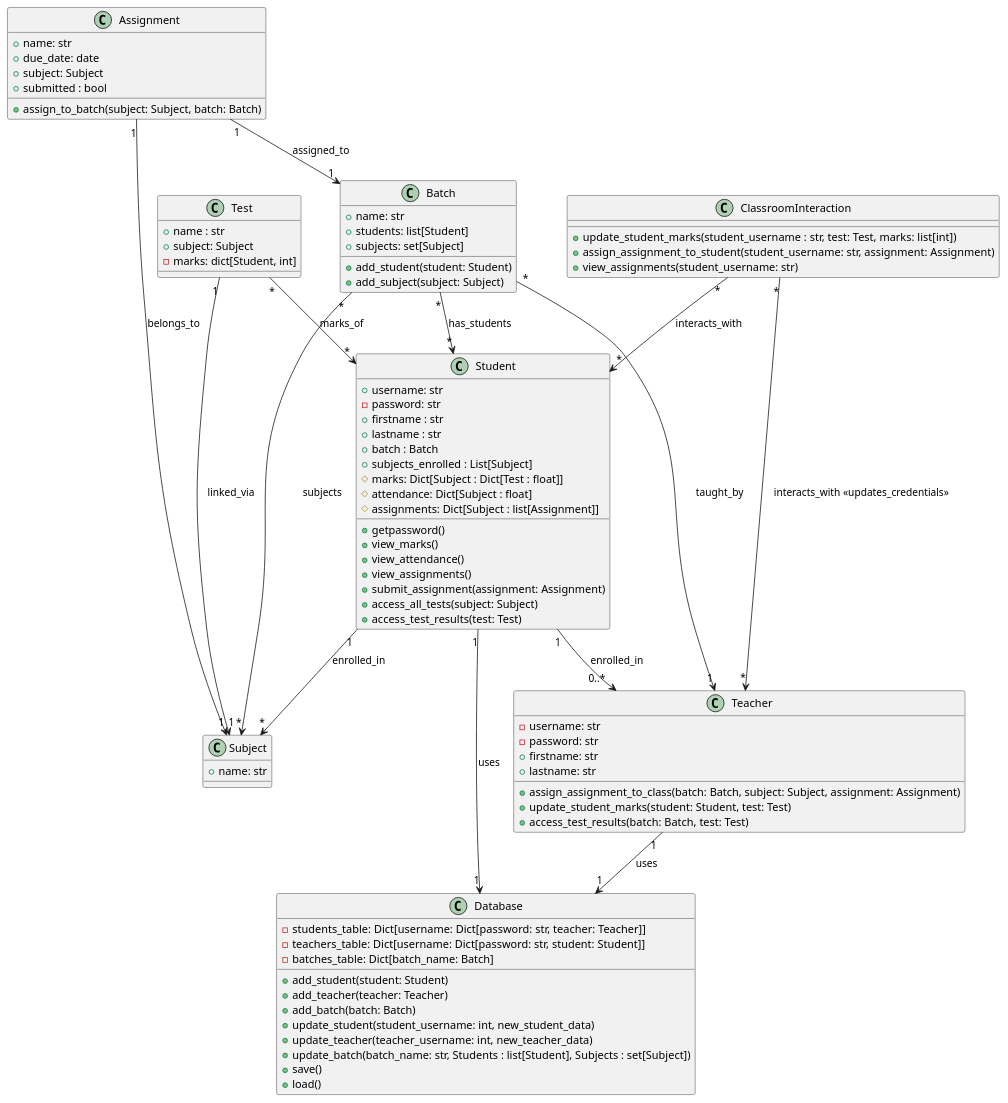
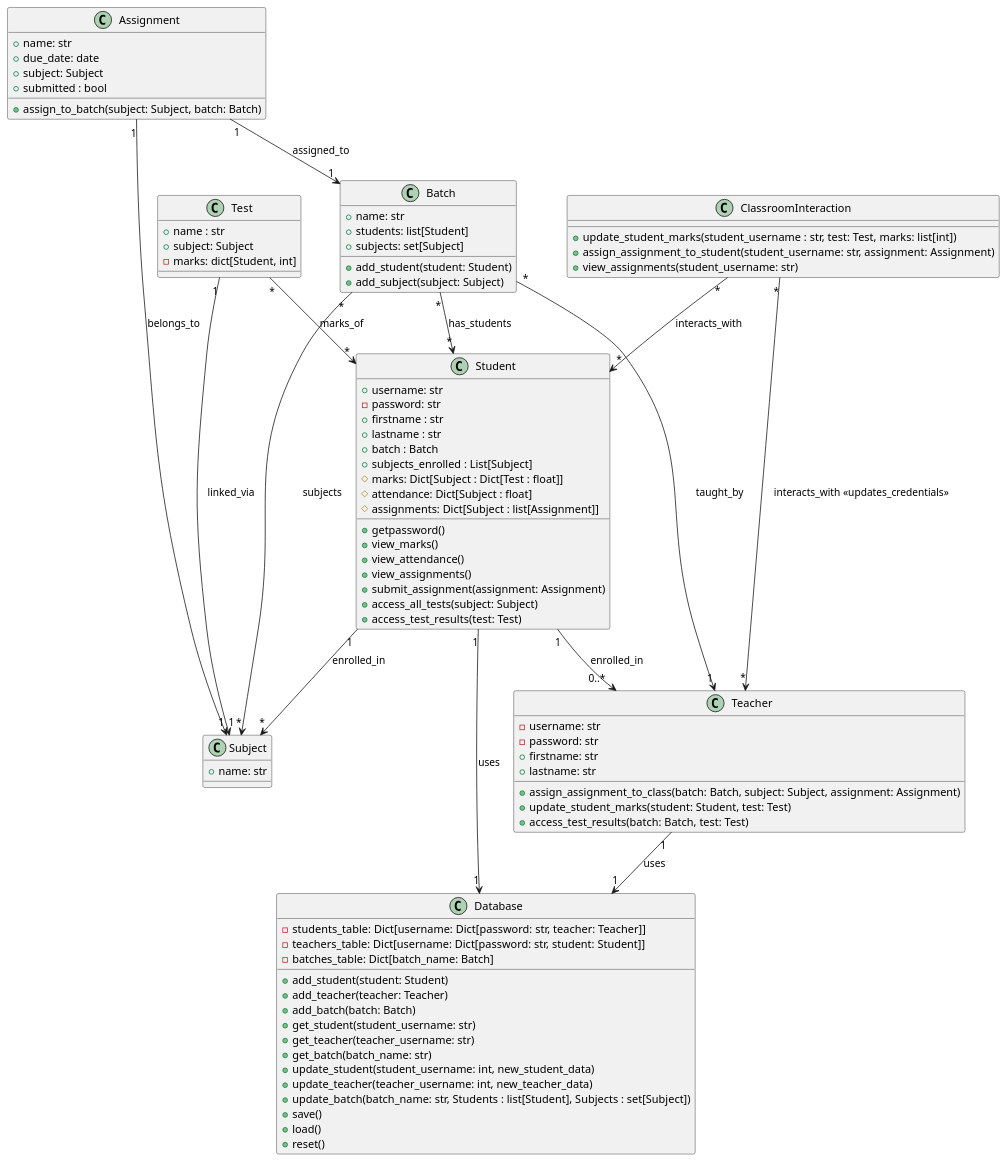
The diagram in uml_diagram.puml (SrimanRakshan/DSA), drawn with PlantUML before and after one commit. The commit also changed 1 other file, not shown here.

Commit message:
Updated UML

```diff
--- a/uml_diagram.puml
+++ b/uml_diagram.puml
@@ -1,90 +1,94 @@
 @startuml
 class Student {
     + username: str
     - password: str
     + firstname : str
     + lastname : str
     + batch : Batch
     + subjects_enrolled : List[Subject]
     # marks: Dict[Subject : Dict[Test : float]]
     # attendance: Dict[Subject : float]
     # assignments: Dict[Subject : list[Assignment]]
     + getpassword()
     + view_marks()
     + view_attendance()
     + view_assignments()
     + submit_assignment(assignment: Assignment)
     + access_all_tests(subject: Subject)
     + access_test_results(test: Test)
 }
 
 class Teacher {
     - username: str
     - password: str
     + firstname: str
     + lastname: str
     + assign_assignment_to_class(batch: Batch, subject: Subject, assignment: Assignment)
     + update_student_marks(student: Student, test: Test)
     + access_test_results(batch: Batch, test: Test)
 }
 
 class Subject {
     + name: str
 }
 
 class Batch {
     + name: str
     + students: list[Student]
     + subjects: set[Subject]
     + add_student(student: Student)
     + add_subject(subject: Subject)
 }
 
 class Assignment {
     + name: str
     + due_date: date
     + subject: Subject
     + submitted : bool
     + assign_to_batch(subject: Subject, batch: Batch)
 }
 
 class Test {
     + name : str
     + subject: Subject
     - marks: dict[Student, int]
 }
 
 class ClassroomInteraction {
     + update_student_marks(student_username : str, test: Test, marks: list[int])
     + assign_assignment_to_student(student_username: str, assignment: Assignment)
     + view_assignments(student_username: str)
 }
 
 class Database {
     - students_table: Dict[username: Dict[password: str, teacher: Teacher]]
     - teachers_table: Dict[username: Dict[password: str, student: Student]]
     - batches_table: Dict[batch_name: Batch]
     + add_student(student: Student)
     + add_teacher(teacher: Teacher)
     + add_batch(batch: Batch)
+    + get_student(student_username: str)
+    + get_teacher(teacher_username: str)
+    + get_batch(batch_name: str)
     + update_student(student_username: int, new_student_data)
     + update_teacher(teacher_username: int, new_teacher_data)
     + update_batch(batch_name: str, Students : list[Student], Subjects : set[Subject])
     + save()
     + load()
+    + reset()
 }
 
 Student "1" --> "0..*" Teacher : enrolled_in
 Student "1" --> "1" Database : uses
 Teacher "1" --> "1" Database : uses
 Student "1" --> "*" Subject : enrolled_in
 Batch "*" --> "1" Teacher : taught_by
 Batch "*" --> "*" Student : has_students
 Batch "*" --> "*" Subject : subjects
 Assignment "1" --> "1" Subject : belongs_to
 Assignment "1" --> "1" Batch : assigned_to
 Test "1" --> "1" Subject : linked_via
 Test "*" --> "*" Student : marks_of
 ClassroomInteraction "*" --> "*" Teacher : interacts_with <<updates_credentials>>
 ClassroomInteraction "*" --> "*" Student : interacts_with
 @enduml
```
